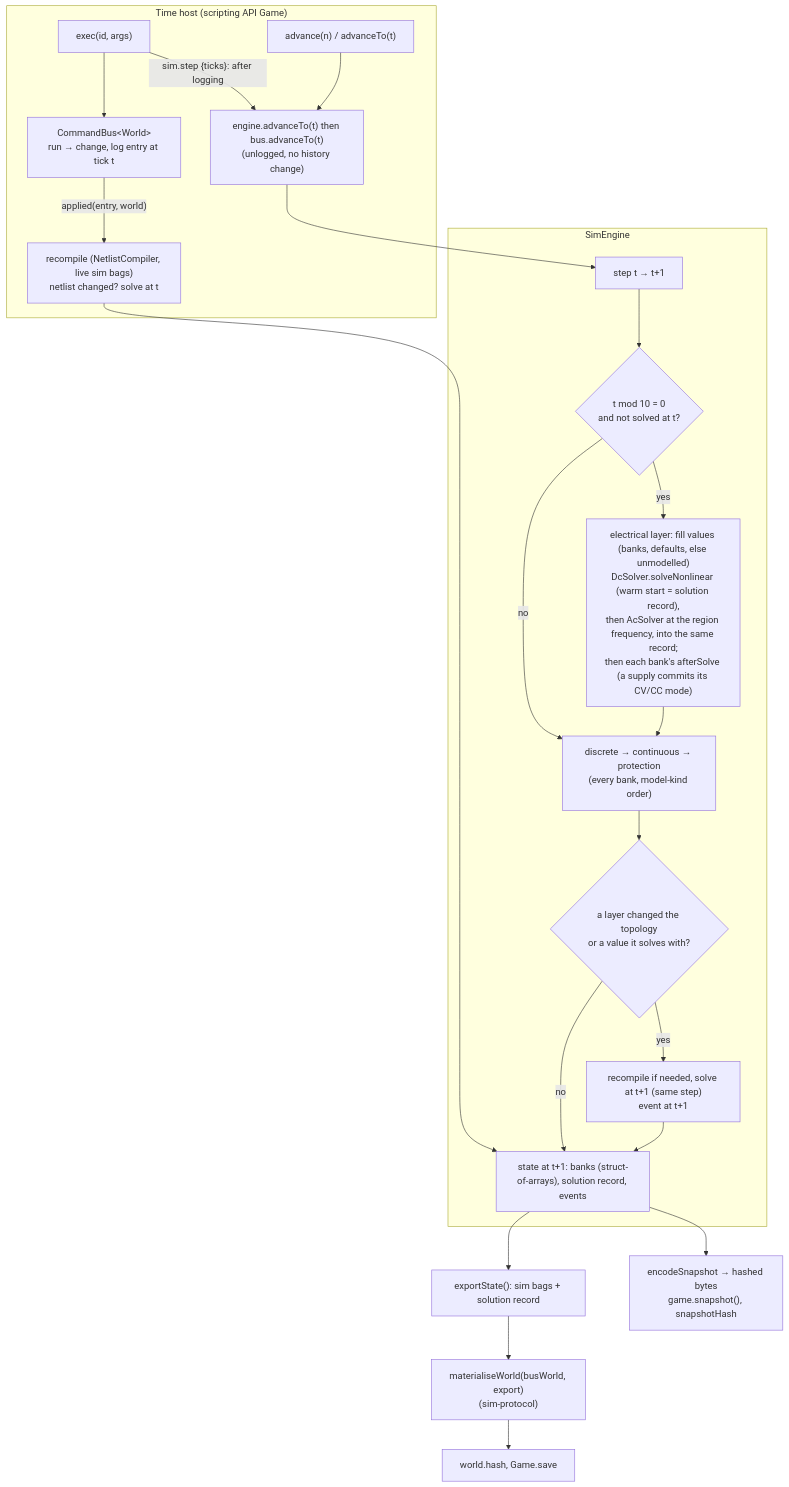
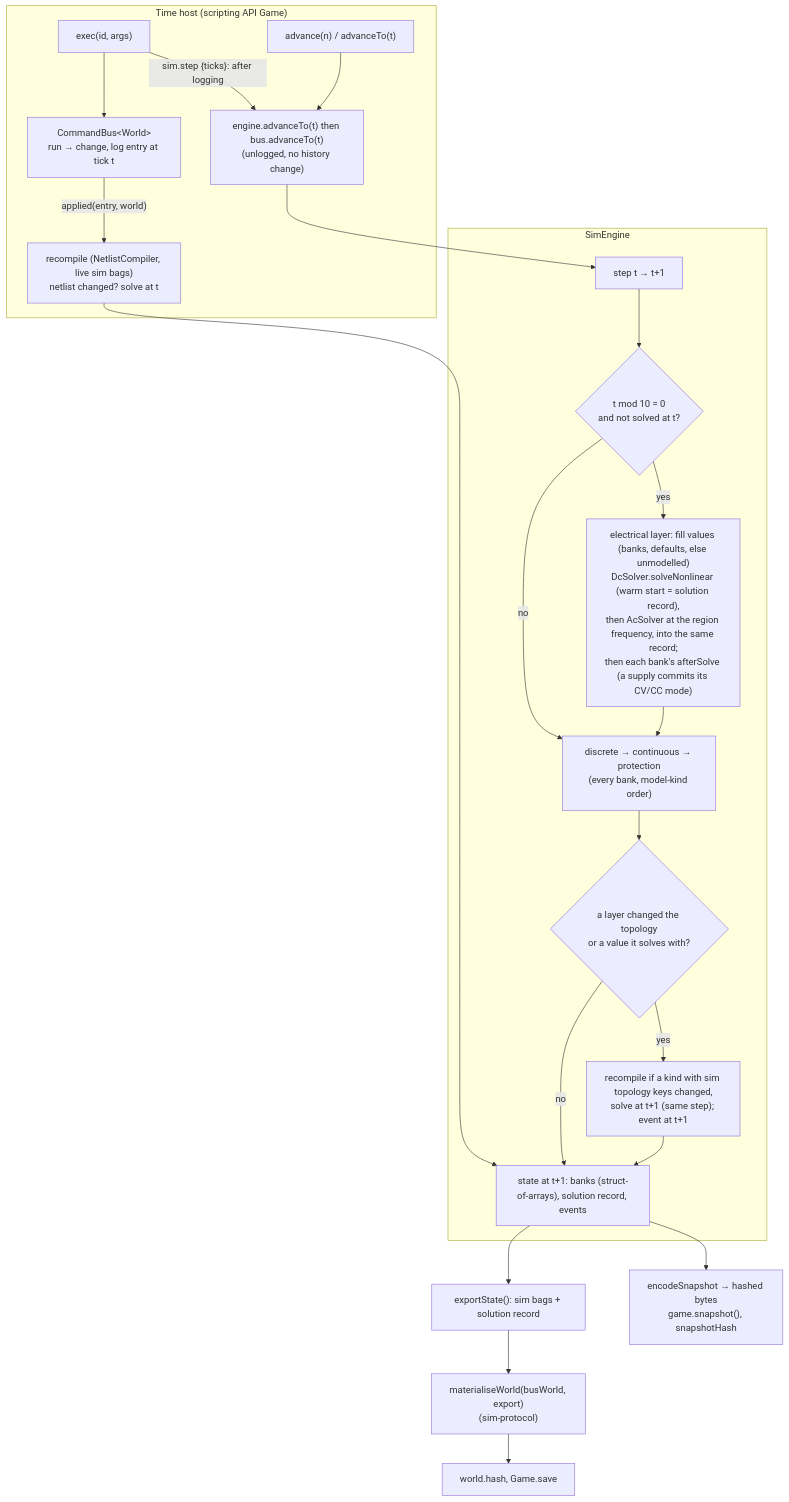
The sixth of 9 diagrams in docs/architecture/simulation.md (joebarbere/controls), drawn with Mermaid before and after one commit. The commit also changed other lines of this file and 17 other files, not shown here.

````diff
--- a/docs/architecture/simulation.md
+++ b/docs/architecture/simulation.md
@@ -378,25 +378,25 @@
 ```mermaid
 flowchart TB
     subgraph host["Time host (scripting API Game)"]
       EXEC["exec(id, args)"] --> BUS["CommandBus&lt;World&gt;<br/>run → change, log entry at tick t"]
       BUS -->|"applied(entry, world)"| APPLY
       EXEC -->|"sim.step {ticks}: after logging"| ADV
       ADVAPI["advance(n) / advanceTo(t)"] --> ADV["engine.advanceTo(t) then bus.advanceTo(t)<br/>(unlogged, no history change)"]
     end
     subgraph engine["SimEngine"]
       APPLY["recompile (NetlistCompiler, live sim bags)<br/>netlist changed? solve at t"] --> STATE
       ADV --> STEP
       STEP["step t → t+1"] --> S1{"t mod 10 = 0<br/>and not solved at t?"}
       S1 -->|yes| SOLVE["electrical layer: fill values (banks, defaults, else unmodelled)<br/>DcSolver.solveNonlinear (warm start = solution record),<br/>then AcSolver at the region frequency, into the same record;<br/>then each bank's afterSolve (a supply commits its CV/CC mode)"]
       S1 -->|no| L
       SOLVE --> L["discrete → continuous → protection<br/>(every bank, model-kind order)"]
       L --> S2{"a layer changed the topology<br/>or a value it solves with?"}
-      S2 -->|yes| TRIP["recompile if needed, solve at t+1 (same step)<br/>event at t+1"]
+      S2 -->|yes| TRIP["recompile if a kind with sim topology keys changed,<br/>solve at t+1 (same step); event at t+1"]
       S2 -->|no| STATE
       TRIP --> STATE["state at t+1: banks (struct-of-arrays), solution record, events"]
     end
     STATE --> EXPORT["exportState(): sim bags + solution record"]
     EXPORT --> MAT["materialiseWorld(busWorld, export)<br/>(sim-protocol)"]
     MAT --> HASH["world.hash, Game.save"]
     STATE --> SNAP["encodeSnapshot → hashed bytes<br/>game.snapshot(), snapshotHash"]
 ```
````
